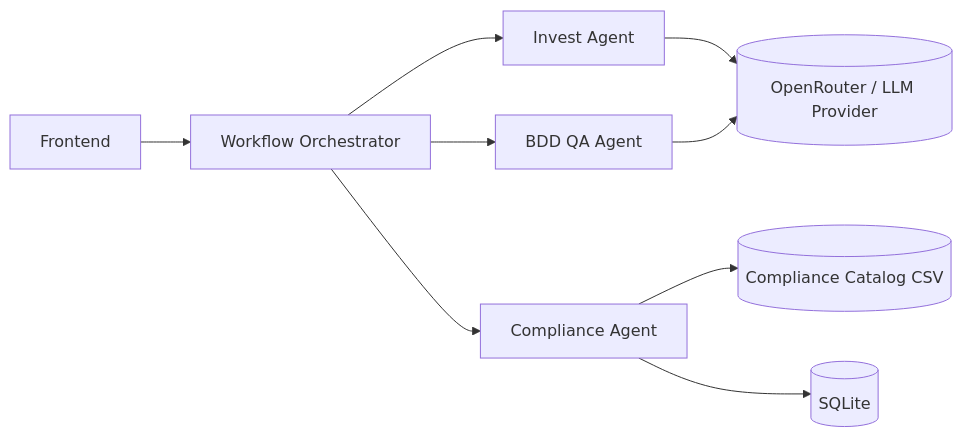
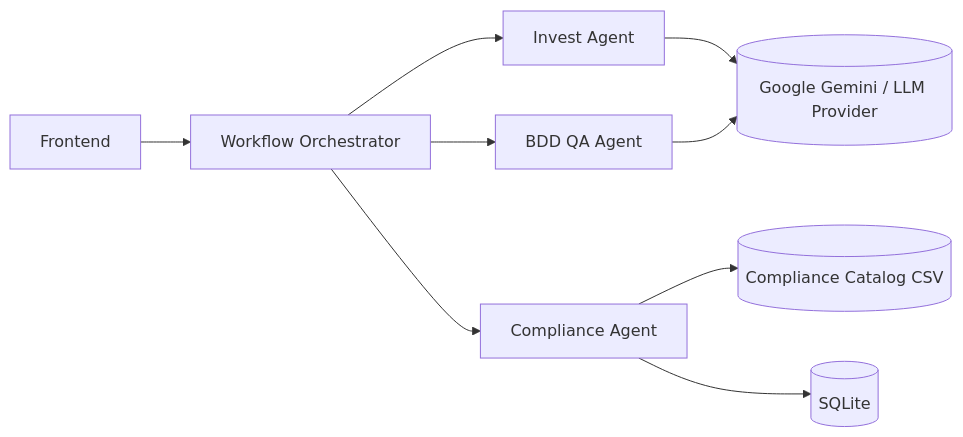
One commit to igusouz/talp-agents-mvp changed the second of 2 diagrams in docs/architecture.md. Above: the diagram before and after it, drawn with Mermaid. The commit also changed other lines of this file and 16 other files, not shown here.

````diff
--- a/docs/architecture.md
+++ b/docs/architecture.md
@@ -122,11 +122,11 @@
 ```mermaid
 flowchart LR
   FE[Frontend] --> ORCH[Workflow Orchestrator]
   ORCH --> INVEST[Invest Agent]
   ORCH --> COMP[Compliance Agent]
   ORCH --> BDD[BDD QA Agent]
   COMP --> CAT[(Compliance Catalog CSV)]
   COMP --> SQL[(SQLite)]
-  INVEST --> LLM[(OpenRouter / LLM Provider)]
+  INVEST --> LLM[(Google Gemini / LLM Provider)]
   BDD --> LLM
 ```
````
